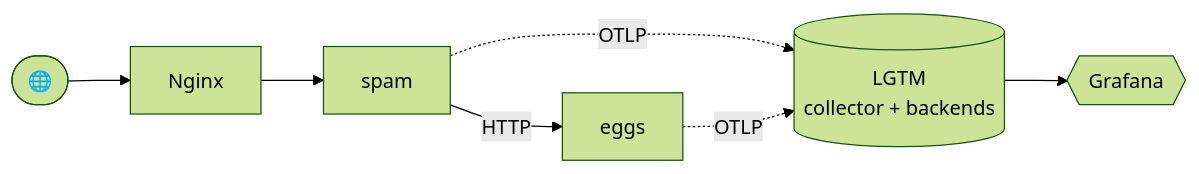
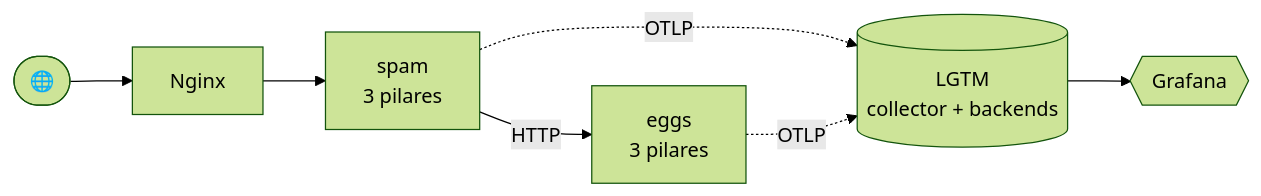
One commit to PedroLuizskt/estudos-observabilidade changed the second of 2 diagrams in README.md. Above: the diagram before and after it, drawn with Mermaid (forest theme). The commit also changed other lines of this file and 17 other files, not shown here.

````diff
--- a/README.md
+++ b/README.md
@@ -38,7 +38,7 @@
 ```mermaid
 flowchart LR
-    Client([🌐]) --> N[Nginx] --> S[spam] -->|HTTP| E[eggs]
+    Client([🌐]) --> N[Nginx] --> S["spam<br/>3 pilares"] -->|HTTP| E["eggs<br/>3 pilares"]
     S -.->|OTLP| L[("LGTM<br/>collector + backends")]
     E -.->|OTLP| L
     L --> G{{Grafana}}
 ```
````
